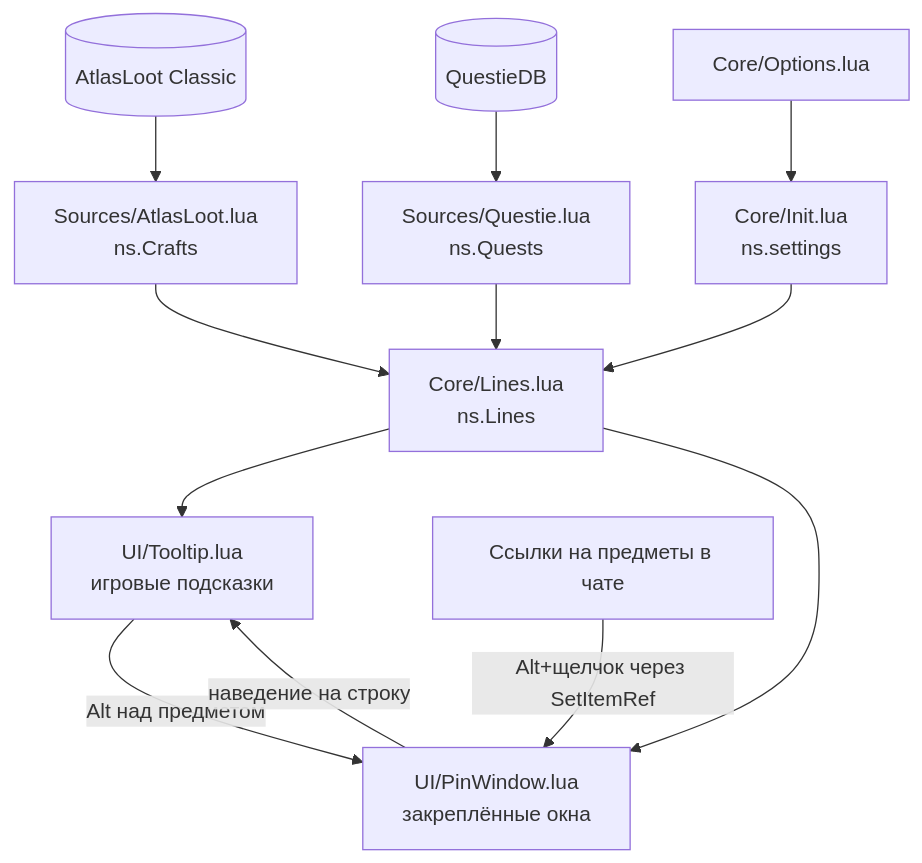
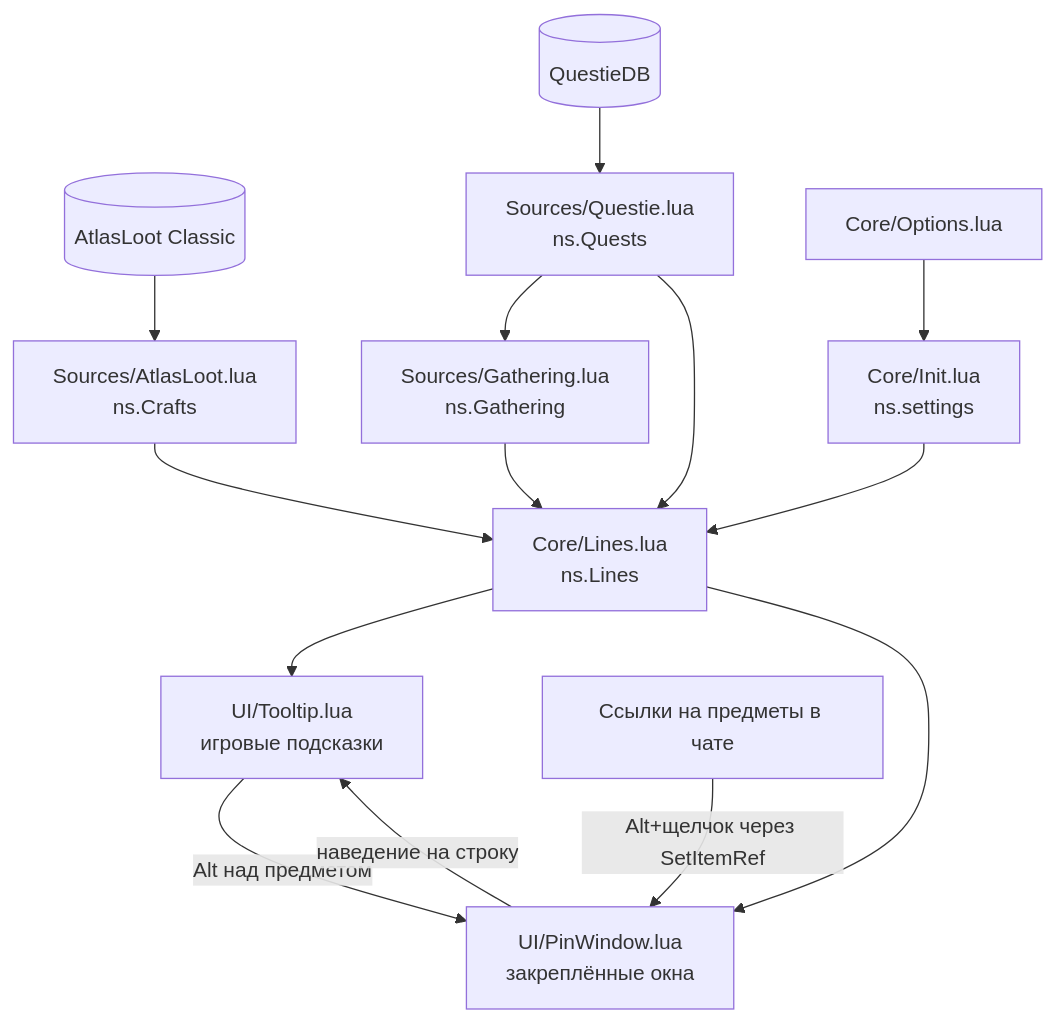
Before and after one commit to ReSenpai/craft-compass: the first of 2 diagrams in docs/ARCHITECTURE.ru.md, drawn with Mermaid. The commit also changed other lines of this file and 13 other files, not shown here.

````diff
--- a/docs/ARCHITECTURE.ru.md
+++ b/docs/ARCHITECTURE.ru.md
@@ -41,14 +42,16 @@
 ```mermaid
 flowchart TD
     AL[(AtlasLoot Classic)] --> Crafts[Sources/AtlasLoot.lua<br>ns.Crafts]
     QDB[(QuestieDB)] --> Quests[Sources/Questie.lua<br>ns.Quests]
+    Quests --> Gathering[Sources/Gathering.lua<br>ns.Gathering]
+    Gathering --> Lines
     Crafts --> Lines[Core/Lines.lua<br>ns.Lines]
     Quests --> Lines
     Settings[Core/Init.lua<br>ns.settings] --> Lines
     Lines --> Tooltip[UI/Tooltip.lua<br>игровые подсказки]
     Lines --> PinWindow[UI/PinWindow.lua<br>закреплённые окна]
     Tooltip -- "Alt над предметом" --> PinWindow
     PinWindow -- "наведение на строку" --> Tooltip
     Chat[Ссылки на предметы в чате] -- "Alt+щелчок через SetItemRef" --> PinWindow
     Options[Core/Options.lua] --> Settings
 ```
````
